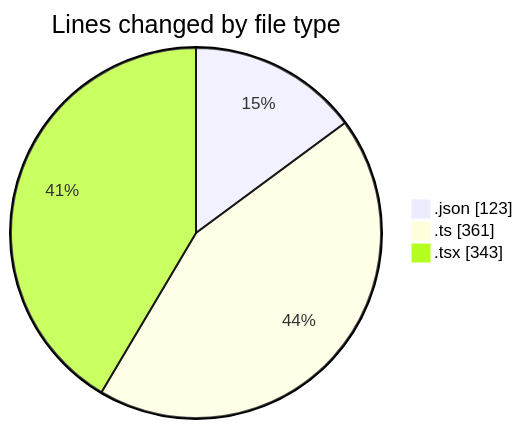
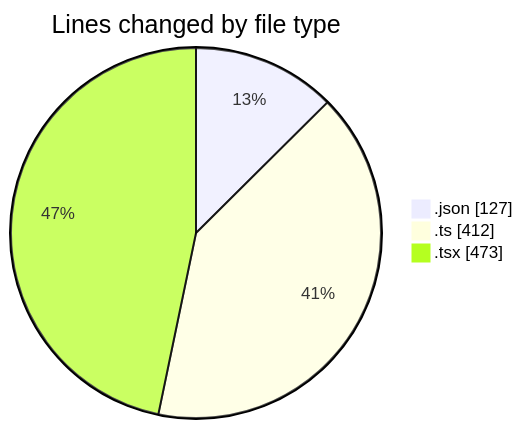
Before and after one commit to julien-gomy/code-tracking: the first of 2 diagrams in 2025-11-12/eventscop-frontend-guide__workspace_/README.md, drawn with Mermaid. The commit also changed other lines of this file and 1 other file, not shown here.

````diff
--- a/2025-11-12/eventscop-frontend-guide__workspace_/README.md
+++ b/2025-11-12/eventscop-frontend-guide__workspace_/README.md
@@ -24,7 +24,7 @@
 ```mermaid
 pie showData
 title Lines changed by file type
-".json" : 123
-".ts" : 361
-".tsx" : 343
+".json" : 127
+".ts" : 412
+".tsx" : 473
 ```
````
